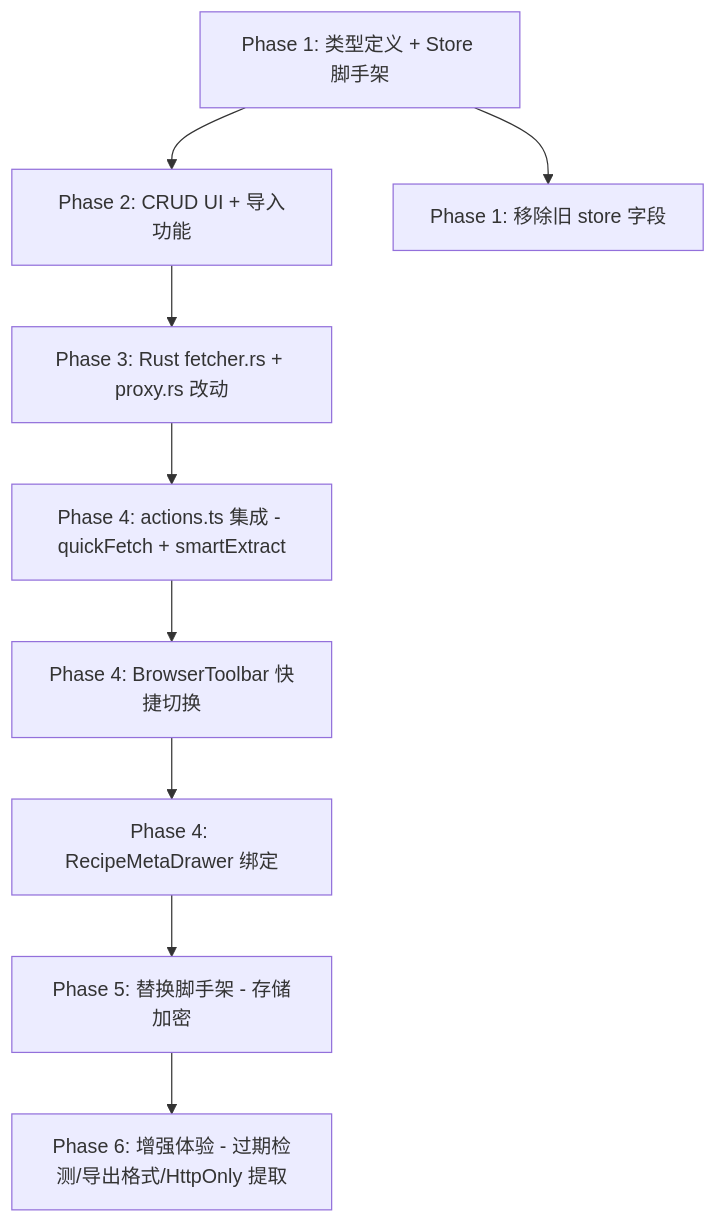
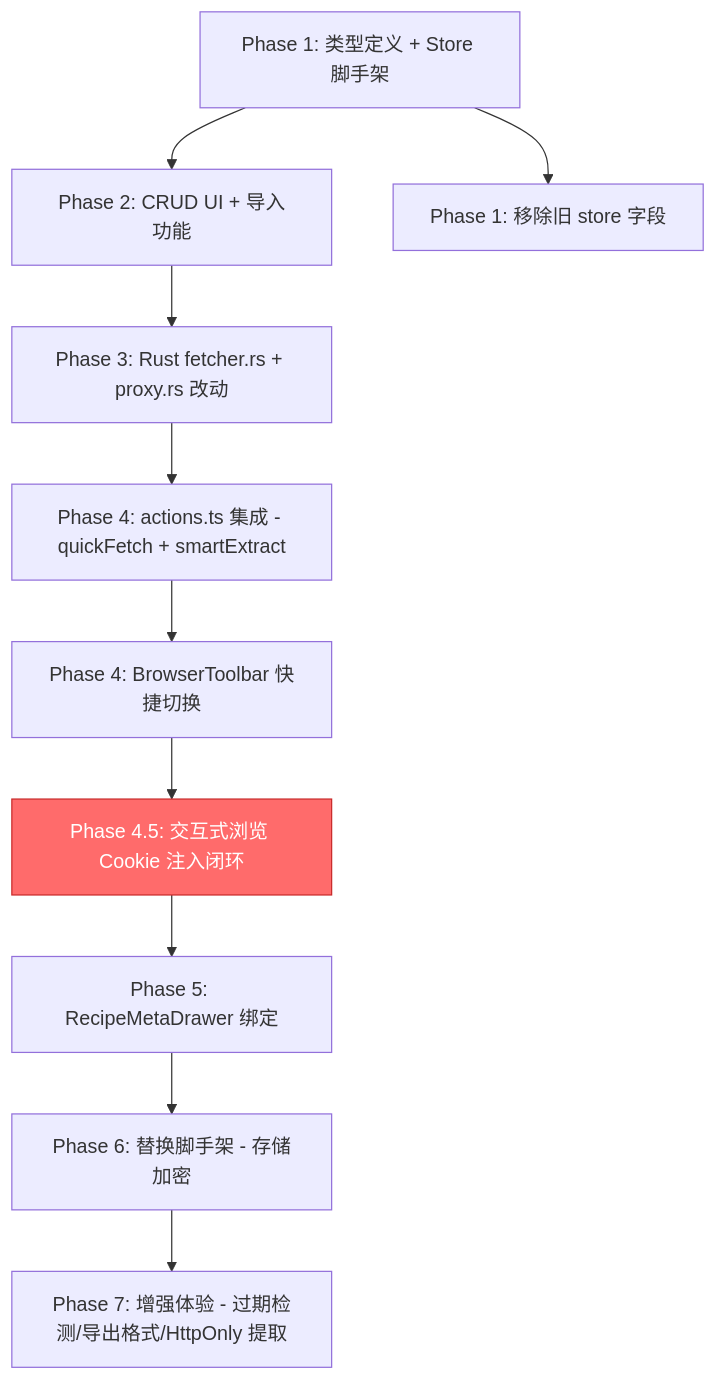
The diagram in src/tools/web-distillery/doc/Plan/identity-card-feature-plan.md (miaotouy/aio-hub), drawn with Mermaid before and after one commit. The commit also changed other lines of this file and 7 other files, not shown here.

````diff
--- a/src/tools/web-distillery/doc/Plan/identity-card-feature-plan.md
+++ b/src/tools/web-distillery/doc/Plan/identity-card-feature-plan.md
@@ -726,11 +613,14 @@
 ```mermaid
 graph TD
     A[Phase 1: 类型定义 + Store 脚手架] --> B[Phase 2: CRUD UI + 导入功能]
     A --> C[Phase 1: 移除旧 store 字段]
     B --> D[Phase 3: Rust fetcher.rs + proxy.rs 改动]
     D --> E[Phase 4: actions.ts 集成 - quickFetch + smartExtract]
     E --> F[Phase 4: BrowserToolbar 快捷切换]
-    F --> G[Phase 4: RecipeMetaDrawer 绑定]
-    G --> H[Phase 5: 替换脚手架 - 存储加密]
-    H --> I[Phase 6: 增强体验 - 过期检测/导出格式/HttpOnly 提取]
+    F --> F2[Phase 4.5: 交互式浏览 Cookie 注入闭环]
+    F2 --> G[Phase 5: RecipeMetaDrawer 绑定]
+    G --> H[Phase 6: 替换脚手架 - 存储加密]
+    H --> I[Phase 7: 增强体验 - 过期检测/导出格式/HttpOnly 提取]
+
+    style F2 fill:#ff6b6b,stroke:#c92a2a,color:#fff
 ```
````
